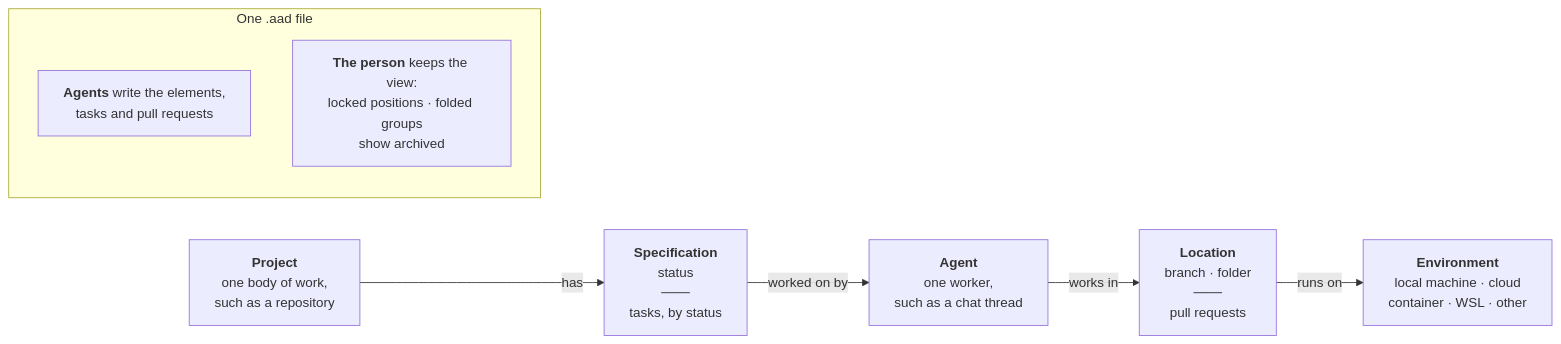
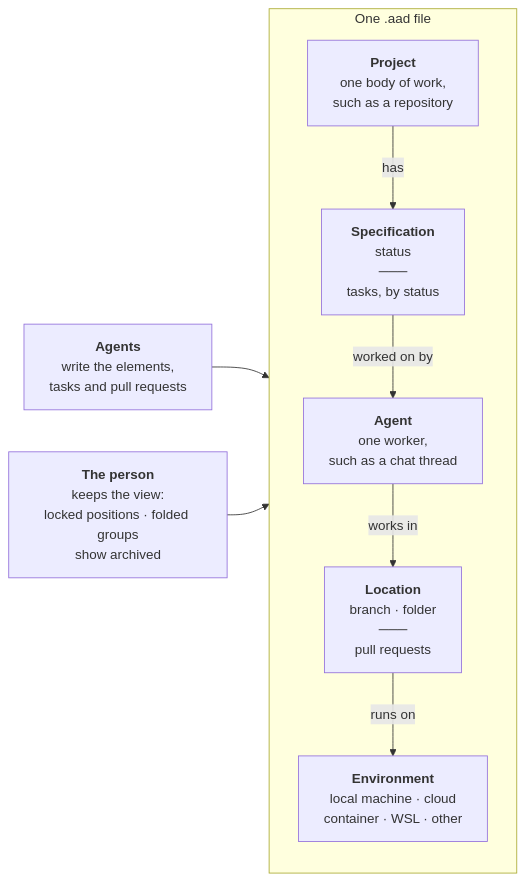
The diagram in docs/agent-activity-diagram.md (etalii-adp/etalii.adp), drawn with Mermaid before and after one commit.

Commit message:
Draw the agent activity diagram's picture top to bottom, inside its file
The five types in one row made the picture too small to read on the site.

Claude-Session: https://claude.ai/code/session_01TzEHq4ayttuLWYZqSChDgR

````diff
--- a/docs/agent-activity-diagram.md
+++ b/docs/agent-activity-diagram.md
@@ -7,19 +7,21 @@
 ```mermaid
 flowchart LR
   accTitle: Agent activity diagram at a glance
-  accDescr: Five element types, joined by four kinds of relation. A project has specifications, each with a status and its tasks listed by status. A specification has agents working on it, and an agent at most one specification. An agent has locations, each a branch and a folder with the pull requests opened from it. A location runs on one environment, a system such as a local machine, a cloud environment, a container or WSL, which many locations can share. Agents write all of this into one .aad file as they work; the person keeps only the view part of the same file, with locked positions, folded groups and whether archived specifications are shown, and agents leave it alone.
-  project["<b>Project</b><br/>one body of work,<br/>such as a repository"]
-  specification["<b>Specification</b><br/>status<br/>───<br/>tasks, by status"]
-  agent["<b>Agent</b><br/>one worker,<br/>such as a chat thread"]
-  location["<b>Location</b><br/>branch · folder<br/>───<br/>pull requests"]
-  environment["<b>Environment</b><br/>local machine · cloud<br/>container · WSL · other"]
-  project -- "has" --> specification
-  specification -- "worked on by" --> agent
-  agent -- "works in" --> location
-  location -- "runs on" --> environment
+  accDescr: Five element types, joined by four kinds of relation. A project has specifications, each with a status and its tasks listed by status. A specification has agents working on it, and an agent at most one specification. An agent has locations, each a branch and a folder with the pull requests opened from it. A location runs on one environment, a system such as a local machine, a cloud environment, a container or WSL, which many locations can share. All of it is kept in one .aad file. Agents write the elements, tasks and pull requests as they work; the person keeps only the view part of the same file, with locked positions, folded groups and whether archived specifications are shown, and agents leave it alone.
+  agents["<b>Agents</b><br/>write the elements,<br/>tasks and pull requests"]
+  person["<b>The person</b><br/>keeps the view:<br/>locked positions · folded groups<br/>show archived"]
   subgraph file["One .aad file"]
     direction TB
-    agents["<b>Agents</b> write the elements,<br/>tasks and pull requests"]
-    person["<b>The person</b> keeps the view:<br/>locked positions · folded groups<br/>show archived"]
+    project["<b>Project</b><br/>one body of work,<br/>such as a repository"]
+    specification["<b>Specification</b><br/>status<br/>───<br/>tasks, by status"]
+    agent["<b>Agent</b><br/>one worker,<br/>such as a chat thread"]
+    location["<b>Location</b><br/>branch · folder<br/>───<br/>pull requests"]
+    environment["<b>Environment</b><br/>local machine · cloud<br/>container · WSL · other"]
+    project -- "has" --> specification
+    specification -- "worked on by" --> agent
+    agent -- "works in" --> location
+    location -- "runs on" --> environment
   end
+  agents --> file
+  person --> file
 ```
````
